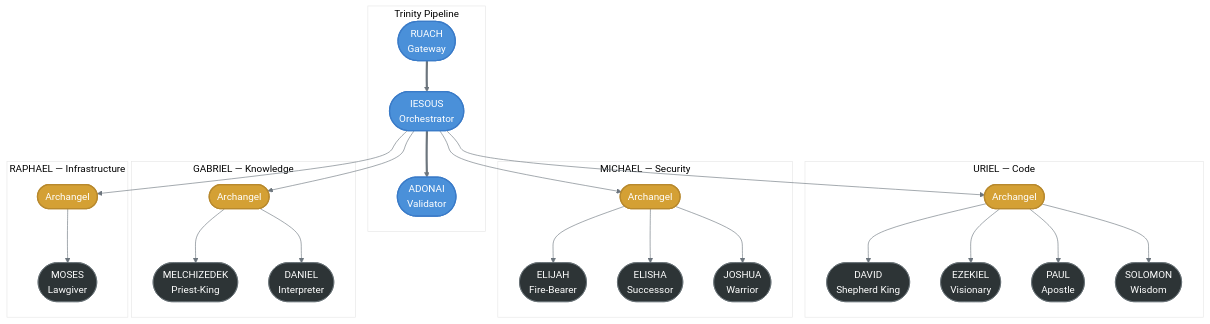
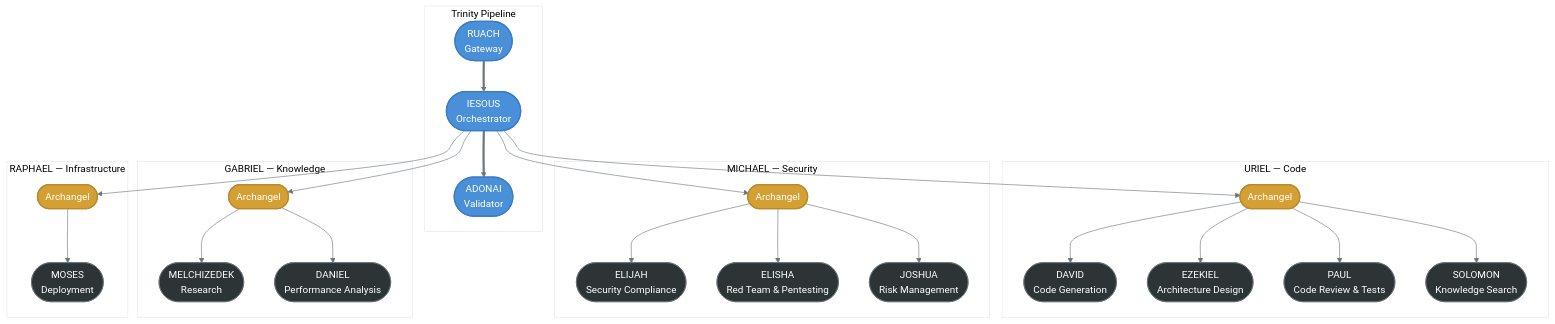
One commit to theLightArchitect/CORSO changed the first of 2 diagrams in README.md. Above: the diagram before and after it, drawn with Mermaid.

Commit message:
Replace hero archetypes with actual functional roles
DAVID→Code Generation, EZEKIEL→Architecture Design, PAUL→Code Review & Tests,
SOLOMON→Knowledge Search, ELIJAH→Security Compliance, ELISHA→Red Team & Pentesting,
JOSHUA→Risk Management, MELCHIZEDEK→Research, DANIEL→Performance Analysis,
MOSES→Deployment.

````diff
--- a/README.md
+++ b/README.md
@@ -42,50 +42,50 @@
 ```mermaid
 %%{init: {'theme': 'base', 'themeVariables': {'primaryColor': '#ffffff', 'lineColor': '#6c757d'}}}%%
 graph TD
     subgraph TRINITY ["Trinity Pipeline"]
         R(["RUACH<br/>Gateway"])
         I(["IESOUS<br/>Orchestrator"])
         A(["ADONAI<br/>Validator"])
         R ==> I ==> A
     end
 
     I --> U & M & G & RA
 
     subgraph URIEL ["URIEL — Code"]
         U(["Archangel"])
-        D(["DAVID<br/>Shepherd King"])
-        EZ(["EZEKIEL<br/>Visionary"])
-        PA(["PAUL<br/>Apostle"])
-        SO(["SOLOMON<br/>Wisdom"])
+        D(["DAVID<br/>Code Generation"])
+        EZ(["EZEKIEL<br/>Architecture Design"])
+        PA(["PAUL<br/>Code Review & Tests"])
+        SO(["SOLOMON<br/>Knowledge Search"])
         U --> D & EZ & PA & SO
     end
 
     subgraph MICHAEL ["MICHAEL — Security"]
         M(["Archangel"])
-        EL(["ELIJAH<br/>Fire-Bearer"])
-        ELI(["ELISHA<br/>Successor"])
-        JO(["JOSHUA<br/>Warrior"])
+        EL(["ELIJAH<br/>Security Compliance"])
+        ELI(["ELISHA<br/>Red Team & Pentesting"])
+        JO(["JOSHUA<br/>Risk Management"])
         M --> EL & ELI & JO
     end
 
     subgraph GABRIEL ["GABRIEL — Knowledge"]
         G(["Archangel"])
-        ME(["MELCHIZEDEK<br/>Priest-King"])
-        DA(["DANIEL<br/>Interpreter"])
+        ME(["MELCHIZEDEK<br/>Research"])
+        DA(["DANIEL<br/>Performance Analysis"])
         G --> ME & DA
     end
 
     subgraph RAPHAEL ["RAPHAEL — Infrastructure"]
         RA(["Archangel"])
-        MO(["MOSES<br/>Lawgiver"])
+        MO(["MOSES<br/>Deployment"])
         RA --> MO
     end
 
     classDef trinity fill:#4a90d9,color:#fff,stroke:#3a7bc8,stroke-width:2px
     classDef archangel fill:#d4a034,color:#fff,stroke:#b8892d,stroke-width:2px
     classDef hero fill:#2d3436,color:#fff,stroke:#636e72,stroke-width:1px
 
     class R,I,A trinity
     class U,M,G,RA archangel
     class D,EZ,PA,SO,EL,ELI,JO,ME,DA,MO hero
 ```
````
